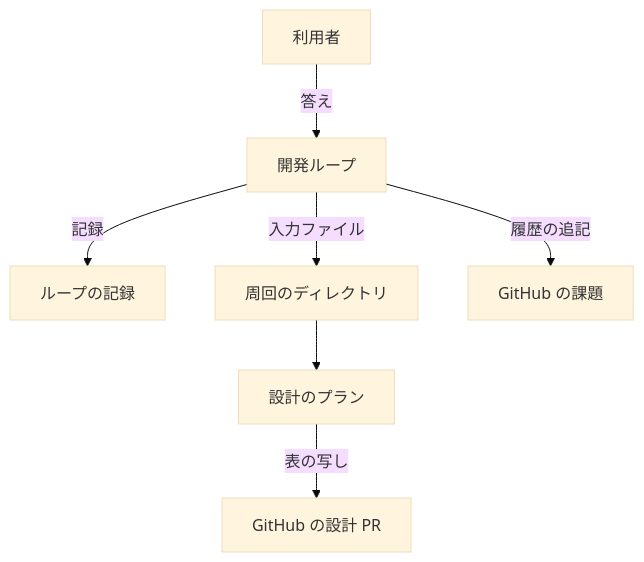
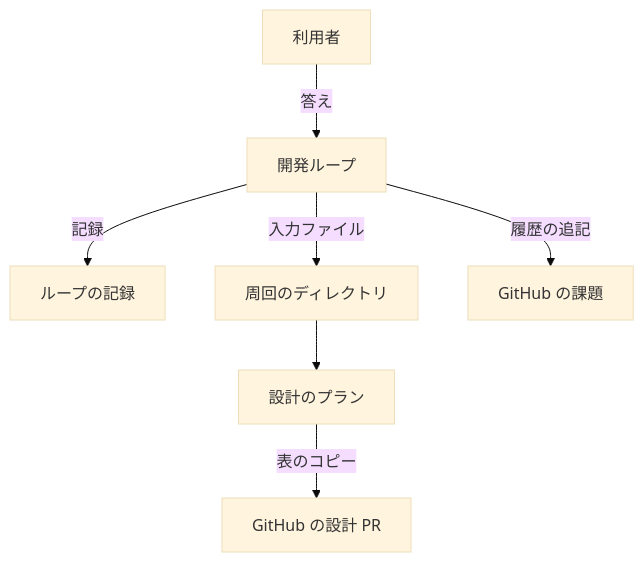
The second of 6 diagrams in issues/issue-2510-design.md (devbasex/ai-plugins), drawn with Mermaid (base theme) before and after one commit. The commit also changed other lines of this file, not shown here.

````diff
--- a/issues/issue-2510-design.md
+++ b/issues/issue-2510-design.md
@@ -137,9 +143,9 @@
 ```mermaid
 graph TD
     U[利用者] -->|答え| L[開発ループ]
     L -->|記録| J[ループの記録]
     L -->|入力ファイル| D[周回のディレクトリ]
     L -->|履歴の追記| G[GitHub の課題]
     D --> S[設計のプラン]
-    S -->|表の写し| H[GitHub の設計 PR]
+    S -->|表のコピー| H[GitHub の設計 PR]
 ```
````
